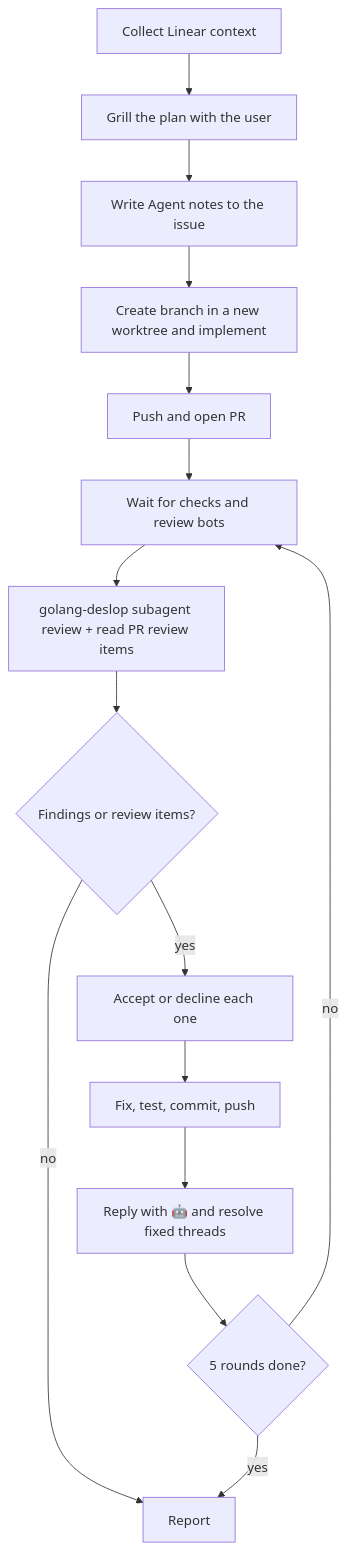
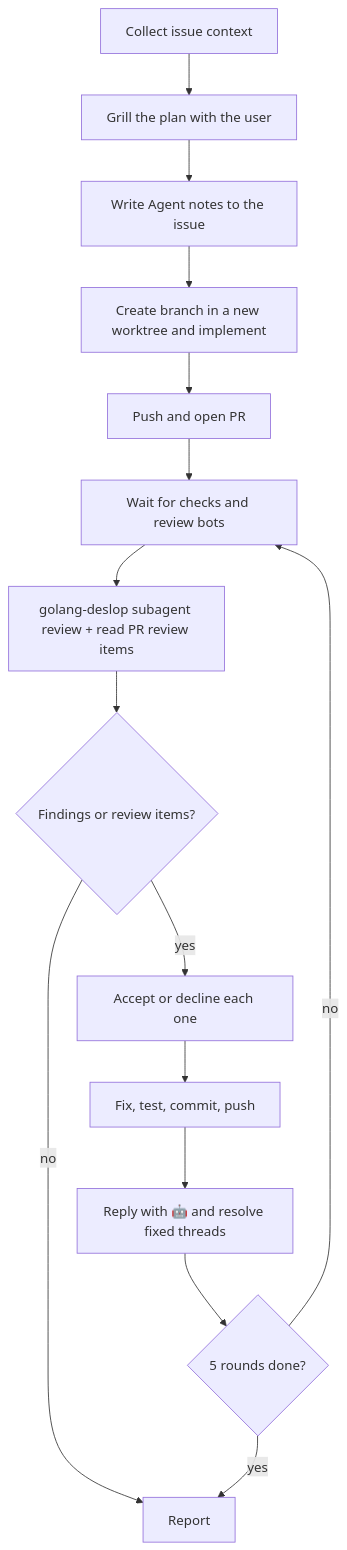
One commit to crosleyzack/skills changed the diagram in skills/bot-implement/README.md. Above: the diagram before and after it, drawn with Mermaid. The commit also changed other lines of this file and 3 other files, not shown here.

````diff
--- a/skills/bot-implement/README.md
+++ b/skills/bot-implement/README.md
@@ -16,17 +16,17 @@
 ```mermaid
 flowchart TD
-    A[Collect Linear context] --> B[Grill the plan with the user]
+    A[Collect issue context] --> B[Grill the plan with the user]
     B --> C[Write Agent notes to the issue]
     C --> D[Create branch in a new worktree and implement]
     D --> E[Push and open PR]
     E --> W[Wait for checks and review bots]
     W --> F[golang-deslop subagent review + read PR review items]
     F --> G{Findings or review items?}
     G -- no --> R[Report]
     G -- yes --> H[Accept or decline each one]
     H --> I[Fix, test, commit, push]
     I --> J[Reply with 🤖 and resolve fixed threads]
     J --> K{5 rounds done?}
     K -- no --> W
     K -- yes --> R
 ```
````
